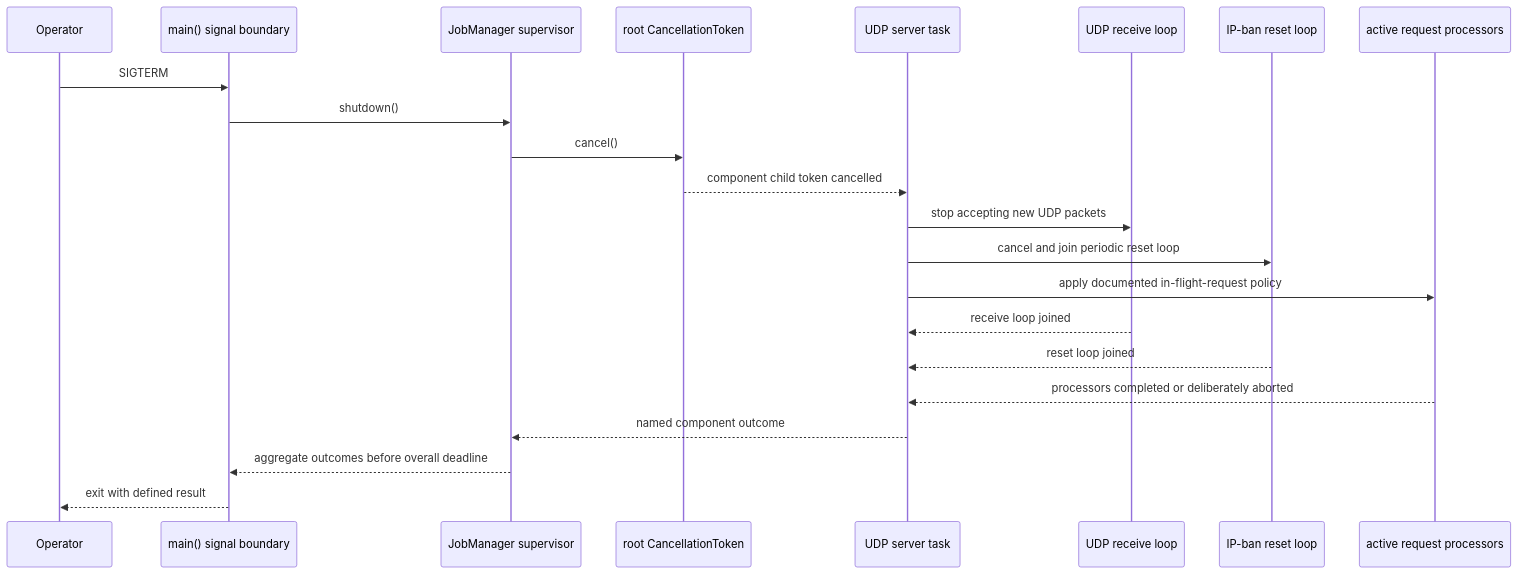
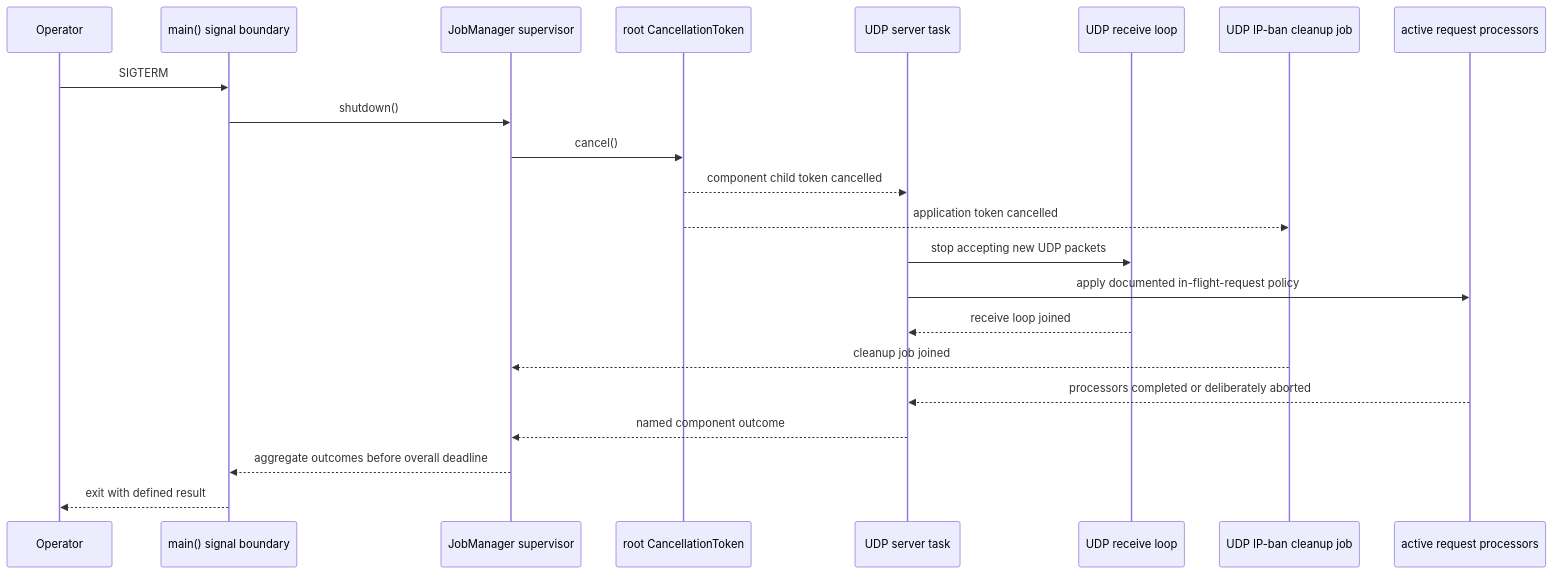
The fourth of 4 diagrams in docs/features/shutdown-process/shutdown-architecture-examples.md (torrust/torrust-tracker), drawn with Mermaid before and after one commit. The commit also changed other lines of this file and 19 other files, not shown here.

````diff
--- a/docs/features/shutdown-process/shutdown-architecture-examples.md
+++ b/docs/features/shutdown-process/shutdown-architecture-examples.md
@@ -206,25 +206,25 @@
 ```mermaid
 sequenceDiagram
     participant Operator
     participant Main as main() signal boundary
     participant Supervisor as JobManager supervisor
     participant Root as root CancellationToken
     participant UdpServer as UDP server task
     participant Receive as UDP receive loop
-    participant BanReset as IP-ban reset loop
+    participant BanCleanup as UDP IP-ban cleanup job
     participant Requests as active request processors
 
     Operator->>Main: SIGTERM
     Main->>Supervisor: shutdown()
     Supervisor->>Root: cancel()
     Root-->>UdpServer: component child token cancelled
+    Root-->>BanCleanup: application token cancelled
     UdpServer->>Receive: stop accepting new UDP packets
-    UdpServer->>BanReset: cancel and join periodic reset loop
     UdpServer->>Requests: apply documented in-flight-request policy
     Receive-->>UdpServer: receive loop joined
-    BanReset-->>UdpServer: reset loop joined
+    BanCleanup-->>Supervisor: cleanup job joined
     Requests-->>UdpServer: processors completed or deliberately aborted
     UdpServer-->>Supervisor: named component outcome
     Supervisor-->>Main: aggregate outcomes before overall deadline
     Main-->>Operator: exit with defined result
 ```
````
